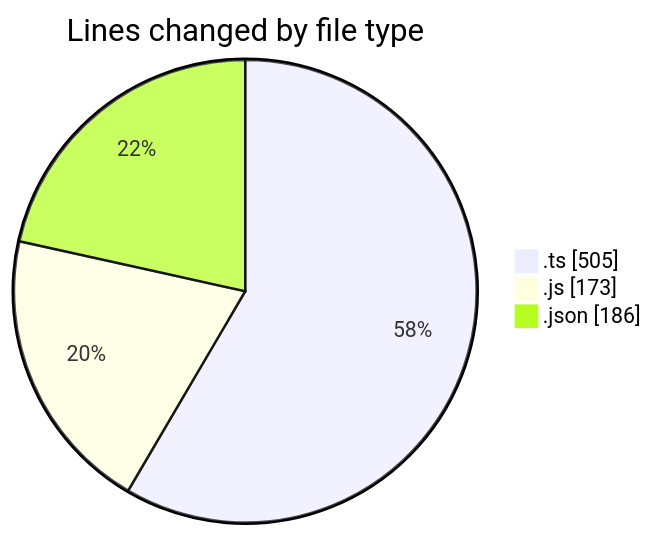
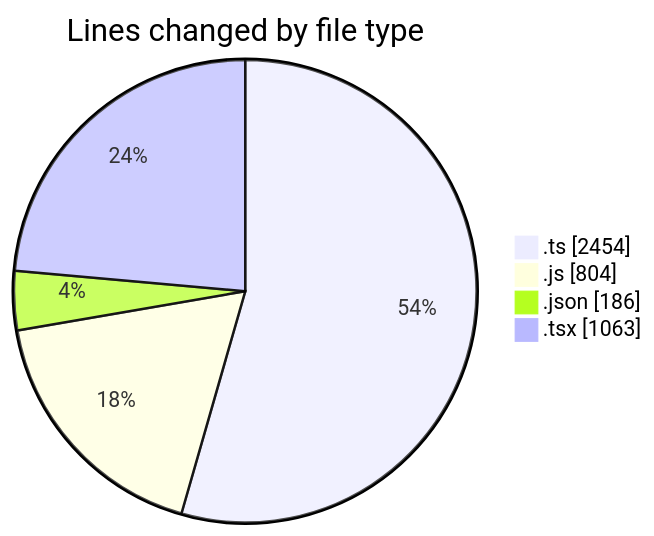
Before and after one commit to momahboobian/code-tracking: the first of 2 diagrams in 2026-06-18/cda/README.md, drawn with Mermaid. The commit also changed other lines of this file and 1 other file, not shown here.

````diff
--- a/2026-06-18/cda/README.md
+++ b/2026-06-18/cda/README.md
@@ -22,7 +41,8 @@
 ```mermaid
 pie showData
 title Lines changed by file type
-".ts" : 505
-".js" : 173
+".ts" : 2454
+".js" : 804
 ".json" : 186
+".tsx" : 1063
 ```
````
